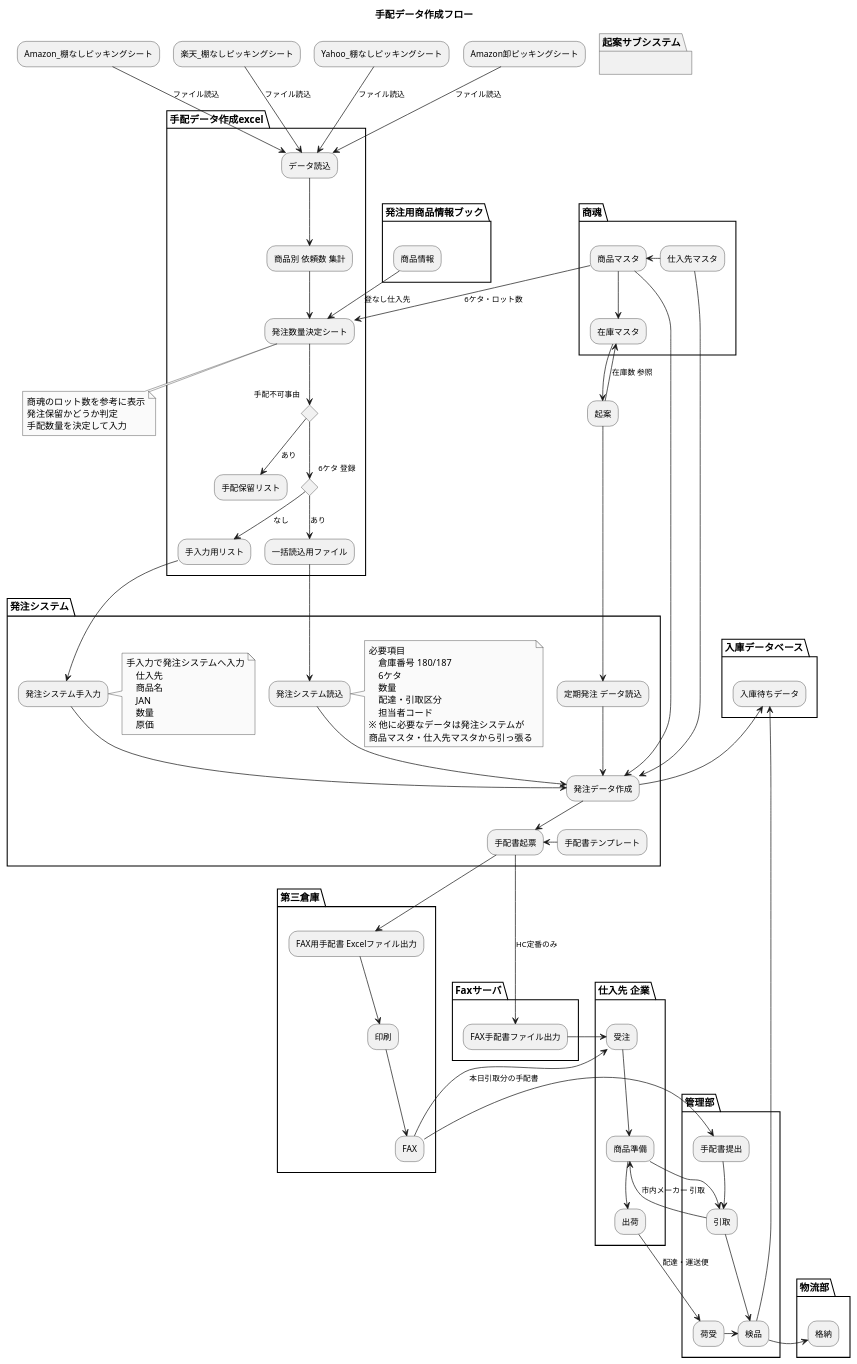
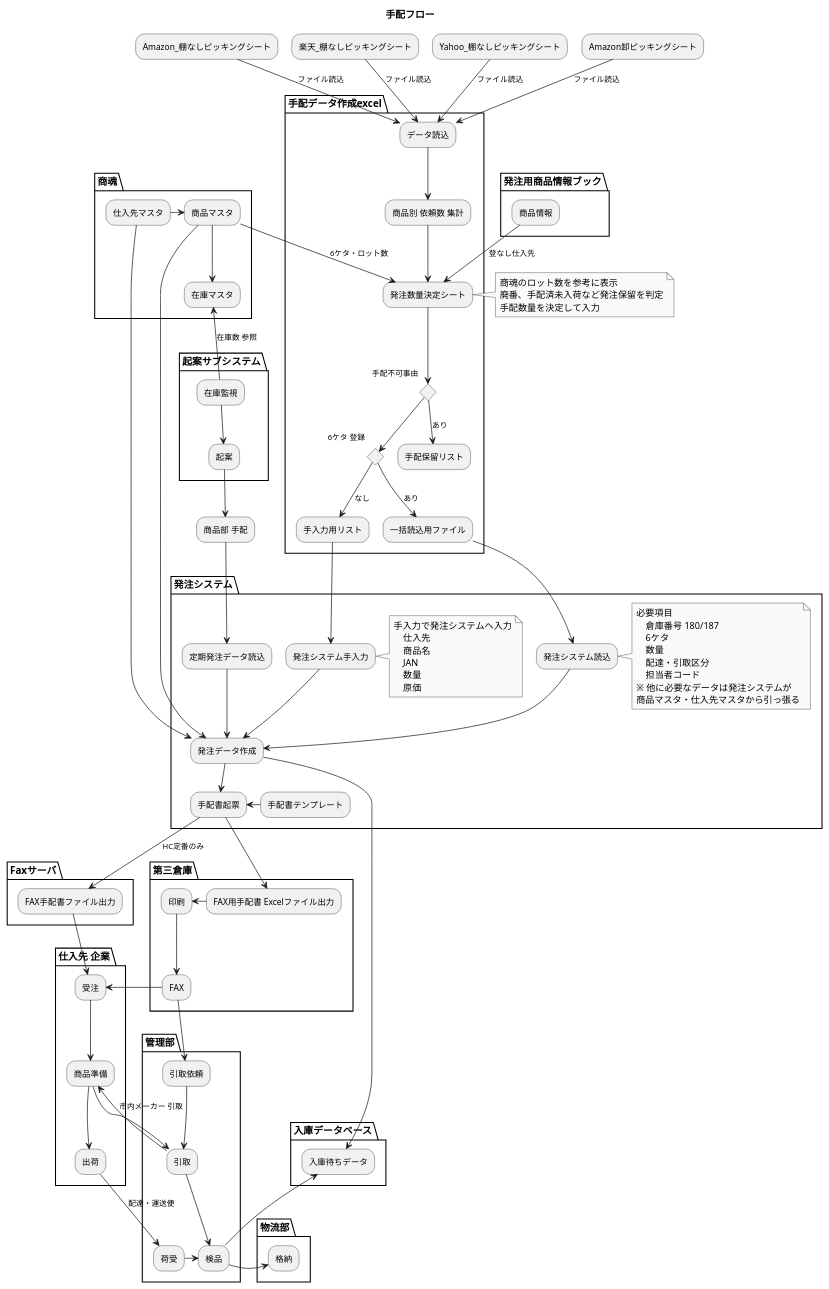
The diagram in build_purchase_data.puml (akiya64/back-yard-macros), drawn with PlantUML before and after one commit. The commit also changed 88 other files, not shown here.

```diff
--- a/build_purchase_data.puml
+++ b/build_purchase_data.puml
@@ -1,134 +1,137 @@
-@startuml 手配データ作成フロー
+@startuml build_purchase_data
 
-title 手配データ作成フロー
+title 手配フロー
+
 skinparam monochrome true
 
 partition 手配データ作成excel {
     "データ読込" --> "商品別 依頼数 集計"
 
     "商品別 依頼数 集計" --> "発注数量決定シート"
 
     if "手配不可事由"
             --> [あり]"手配保留リスト"
     else
             if "6ケタ 登録"
                 --> [あり] "一括読込用ファイル"
             else
                 --> [なし] "手入力用リスト"
         end if 
     end if
     
 }
 
 "Amazon_棚なしピッキングシート" --> [ファイル読込]"データ読込"
 "楽天_棚なしピッキングシート" --> [ファイル読込]"データ読込"
 "Yahoo_棚なしピッキングシート" --> [ファイル読込]"データ読込"
 "Amazon卸ピッキングシート"--> [ファイル読込]"データ読込"
 
 Partition "発注システム" {
 
     "一括読込用ファイル" -down-> "発注システム読込"
     note right
         必要項目
             倉庫番号 180/187
             6ケタ
             数量
             配達・引取区分
             担当者コード
         ※ 他に必要なデータは発注システムが
         商品マスタ・仕入先マスタから引っ張る
     end note
 
     "発注システム読込" -down-> "発注データ作成"
         
     "手入力用リスト" --> "発注システム手入力"
-    note left
+    note right
             手入力で発注システムへ入力
                 仕入先
                 商品名
                 JAN
                 数量
                 原価
     end note
 
 
     "発注システム手入力" --> "発注データ作成"
 
-    "定期発注 データ読込" --> "発注データ作成"
+    "定期発注データ読込" --> "発注データ作成"
 
     "発注データ作成" --> "手配書起票"
     "手配書テンプレート" -left-> "手配書起票"
 
 }
 
 partition 商魂 {
 
     "商品マスタ" --> "発注データ作成"
     "仕入先マスタ" --> "発注データ作成"
     商品マスタ --> 在庫マスタ
 }
 
-"起案" -up-> [在庫数 参照] "在庫マスタ"
-"在庫マスタ" --> "起案"
 
 Partition "起案サブシステム" {
-    "起案" --> "定期発注 データ読込"
+    "在庫監視" -up-> [在庫数 参照] "在庫マスタ" 
+    "在庫監視" -->  "起案"
 }
+
+    "起案" --> "商品部 手配"
+    --> 定期発注データ読込
 
 "仕入先マスタ" -left-> "商品マスタ"
 --> [6ケタ・ロット数]"発注数量決定シート"
 
-note bottom
+note Left
      商魂のロット数を参考に表示
-     発注保留かどうか判定
+     廃番、手配済未入荷など発注保留を判定
      手配数量を決定して入力
 end note
 
 partition 発注用商品情報ブック {
     
     "商品情報" -down-> [登なし仕入先]"発注数量決定シート" 
 }
 
 Partition "入庫データベース" {
-    発注データ作成 -up-> 入庫待ちデータ
+    発注データ作成 --> 入庫待ちデータ
 }
 
 Partition "Faxサーバ" {
 
     "手配書起票" --> [HC定番のみ]"FAX手配書ファイル出力"
 }
 
 Partition "仕入先 企業" {
 
-    "FAX手配書ファイル出力" -right->  "受注"
+    "FAX手配書ファイル出力" -->  "受注"
     '"手配書起票" --> [EDIでデータ発注]"受注"'
     --> 商品準備
     --> 出荷
 }
 
 Partition "第三倉庫" {
     手配書起票 --> FAX用手配書 Excelファイル出力
-    --> 印刷
-    --> FAX
+    -left-> 印刷
+    -down-> FAX
     -left-> 受注
 }
 
 Partition "管理部" {
-    FAX -right-> [本日引取分の手配書]手配書提出
+    FAX --> 引取依頼
     --> 引取
-    --> [市内メーカー 引取]商品準備
-    --> 引取
+    -left-> [市内メーカー 引取]商品準備
+    -right-> 引取
     引取 --> 検品
     出荷 --> [配達・運送便]荷受
 }
 
 -> 検品
 検品 -up-> 入庫待ちデータ
 
 Partition "物流部" {
 
     検品 -> 格納
 
 }
 
 @enduml
```
